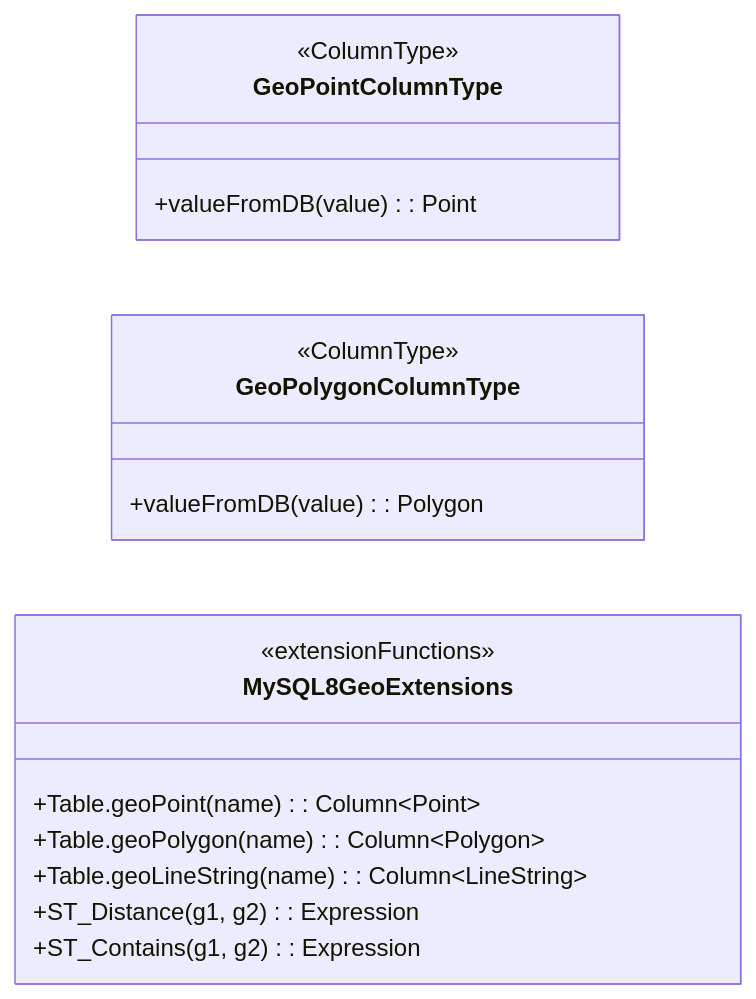
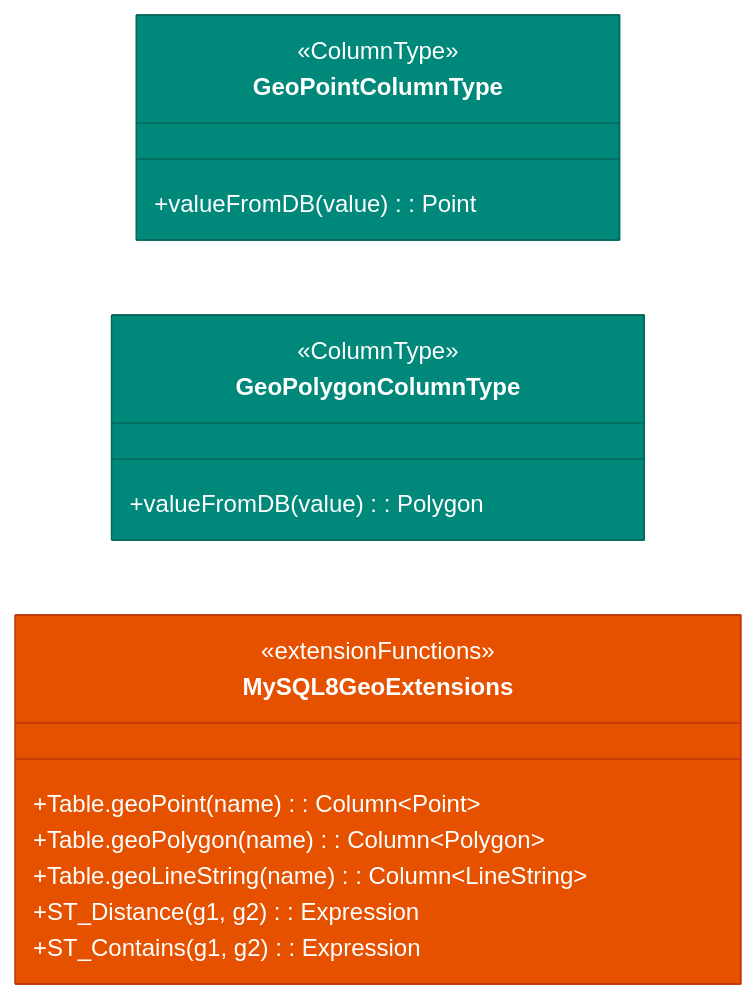
The second of 2 diagrams in data/exposed-mysql8/README.ko.md (bluetape4k/bluetape4k-projects), drawn with Mermaid before and after one commit. The commit also changed other lines of this file and 221 other files, not shown here.

First line of the commit message:
docs: 전체 모듈 README UML 다이어그램 보강 및 색상 업그레이드

````diff
--- a/data/exposed-mysql8/README.ko.md
+++ b/data/exposed-mysql8/README.ko.md
@@ -37,21 +47,24 @@
 ```mermaid
 classDiagram
     direction LR
     class GeoPointColumnType {
         <<ColumnType>>
         +valueFromDB(value): Point
     }
     class GeoPolygonColumnType {
         <<ColumnType>>
         +valueFromDB(value): Polygon
     }
     class MySQL8GeoExtensions {
         <<extensionFunctions>>
         +Table.geoPoint(name): Column~Point~
         +Table.geoPolygon(name): Column~Polygon~
         +Table.geoLineString(name): Column~LineString~
         +ST_Distance(g1, g2): Expression
         +ST_Contains(g1, g2): Expression
     }
 
+    style GeoPointColumnType fill:#00897B,stroke:#00695C,color:#FFFFFF
+    style GeoPolygonColumnType fill:#00897B,stroke:#00695C,color:#FFFFFF
+    style MySQL8GeoExtensions fill:#E65100,stroke:#BF360C,color:#FFFFFF
 ```
````
